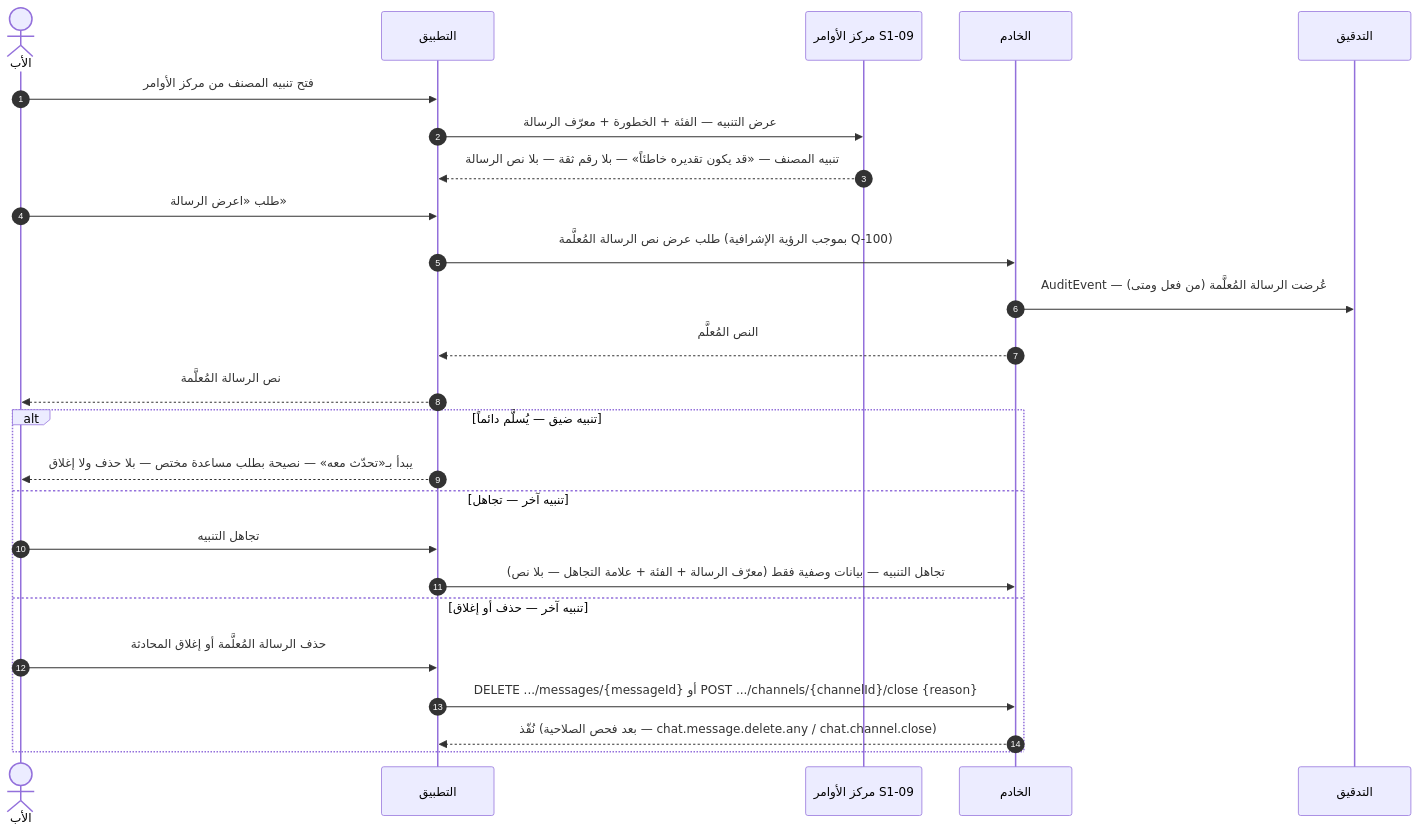
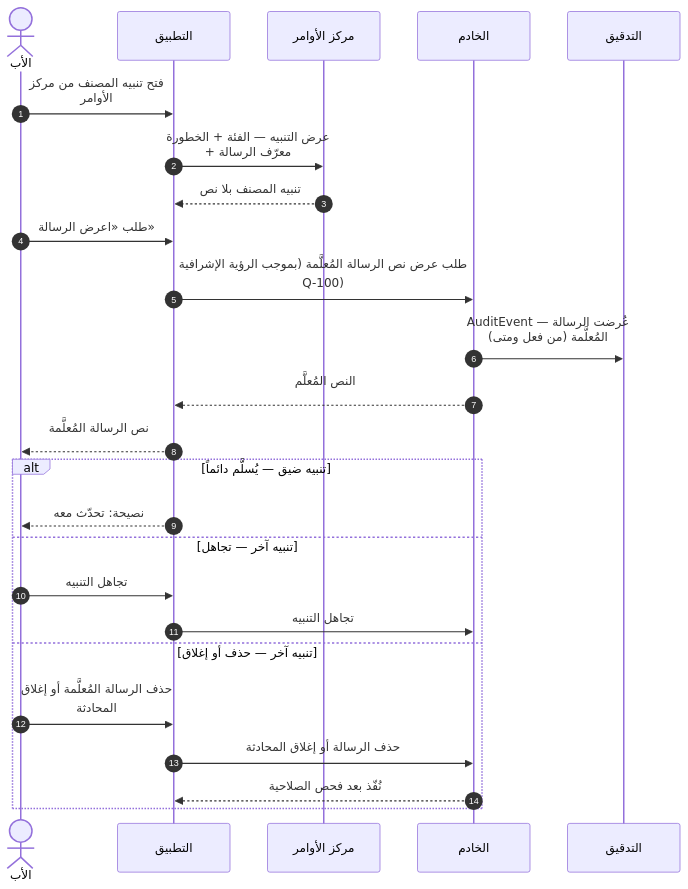
One commit to Bassam-mohammed-alqaeadi/family-os-v2 changed diagram 14 of 27 in docs/family-os/governance/phases/phase-1/S1-08-chat-basic/DIAGRAMS.md. Above: the diagram before and after it, drawn with Mermaid. The commit also changed other lines of this file, not shown here.

````diff
--- a/docs/family-os/governance/phases/phase-1/S1-08-chat-basic/DIAGRAMS.md
+++ b/docs/family-os/governance/phases/phase-1/S1-08-chat-basic/DIAGRAMS.md
@@ -454,27 +589,28 @@
 ```mermaid
+%%{init: {"sequence": {"wrap": true}}}%%
 sequenceDiagram
     autonumber
     actor Father as الأب
     participant App as التطبيق
-    participant S109 as مركز الأوامر S1-09
+    participant S109 as مركز الأوامر
     participant Ktor as الخادم
     participant Audit as التدقيق
     Father->>App: فتح تنبيه المصنف من مركز الأوامر
     App->>S109: عرض التنبيه — الفئة + الخطورة + معرّف الرسالة
-    S109-->>App: تنبيه المصنف — «قد يكون تقديره خاطئاً» — بلا رقم ثقة — بلا نص الرسالة
+    S109-->>App: تنبيه المصنف بلا نص
     Father->>App: طلب «اعرض الرسالة»
     App->>Ktor: طلب عرض نص الرسالة المُعلَّمة (بموجب الرؤية الإشرافية Q-100)
     Ktor->>Audit: AuditEvent — عُرضت الرسالة المُعلَّمة (من فعل ومتى)
     Ktor-->>App: النص المُعلَّم
     App-->>Father: نص الرسالة المُعلَّمة
     alt تنبيه ضيق — يُسلَّم دائماً
-        App-->>Father: يبدأ بـ«تحدّث معه» — نصيحة بطلب مساعدة مختص — بلا حذف ولا إغلاق
+        App-->>Father: نصيحة: تحدّث معه
     else تنبيه آخر — تجاهل
         Father->>App: تجاهل التنبيه
-        App->>Ktor: تجاهل التنبيه — بيانات وصفية فقط (معرّف الرسالة + الفئة + علامة التجاهل — بلا نص)
+        App->>Ktor: تجاهل التنبيه
     else تنبيه آخر — حذف أو إغلاق
         Father->>App: حذف الرسالة المُعلَّمة أو إغلاق المحادثة
-        App->>Ktor: DELETE .../messages/{messageId} أو POST .../channels/{channelId}/close {reason}
-        Ktor-->>App: نُفّذ (بعد فحص الصلاحية — chat.message.delete.any / chat.channel.close)
+        App->>Ktor: حذف الرسالة أو إغلاق المحادثة
+        Ktor-->>App: نُفّذ بعد فحص الصلاحية
     end
 ```
````
